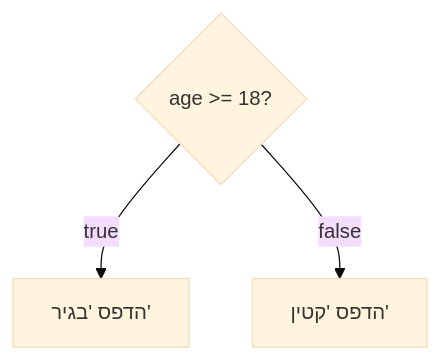
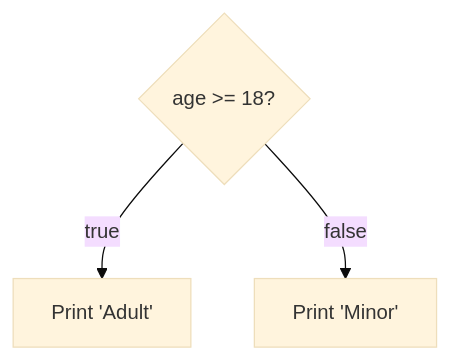
One commit to neriyaMalachi/FullStack_kodkode_5 changed the first of 2 diagrams in content/docs/javascript/4-js-conditions-loops-content.md. Above: the diagram before and after it, drawn with Mermaid (base theme). The commit also changed other lines of this file and 117 other files, not shown here.

````diff
--- a/content/docs/javascript/4-js-conditions-loops-content.md
+++ b/content/docs/javascript/4-js-conditions-loops-content.md
@@ -48,5 +48,5 @@
 ```mermaid
 flowchart TD
-    A{"age >= 18?"} -->|true| B["הדפס 'בגיר'"]
-    A -->|false| C["הדפס 'קטין'"]
+    A{"age >= 18?"} -->|true| B["Print 'Adult'"]
+    A -->|false| C["Print 'Minor'"]
 ```
````
